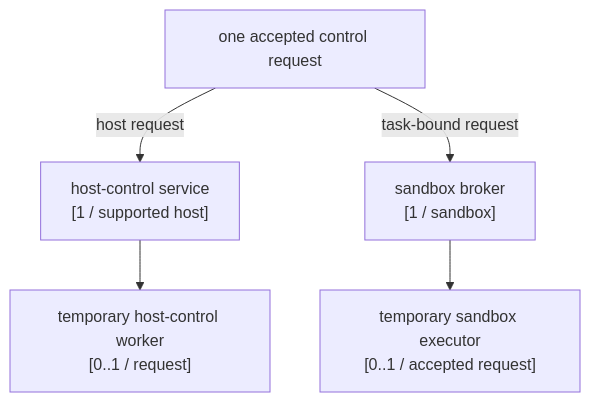
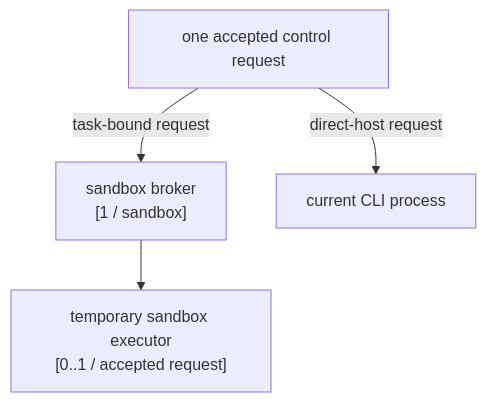
One commit to fitlab-ai/agent-infra changed the third of 4 diagrams in docs/en/architecture.md. Above: the diagram before and after it, drawn with Mermaid. The commit also changed other lines of this file and 45 other files, not shown here.

First line of the commit message:
refactor(cli): 移除全局 host-control 常驻服务  (#1021)

````diff
--- a/docs/en/architecture.md
+++ b/docs/en/architecture.md
@@ -111,11 +102,9 @@
 ```mermaid
 flowchart TD
   REQUEST["one accepted control request"]
-  HOST["host-control service<br/>[1 / supported host]"]
-  HW["temporary host-control worker<br/>[0..1 / request]"]
   BROKER["sandbox broker<br/>[1 / sandbox]"]
   EXEC["temporary sandbox executor<br/>[0..1 / accepted request]"]
 
-  REQUEST -->|host request| HOST --> HW
+  REQUEST -->|direct-host request| DIRECT["current CLI process"]
   REQUEST -->|task-bound request| BROKER --> EXEC
 ```
````
